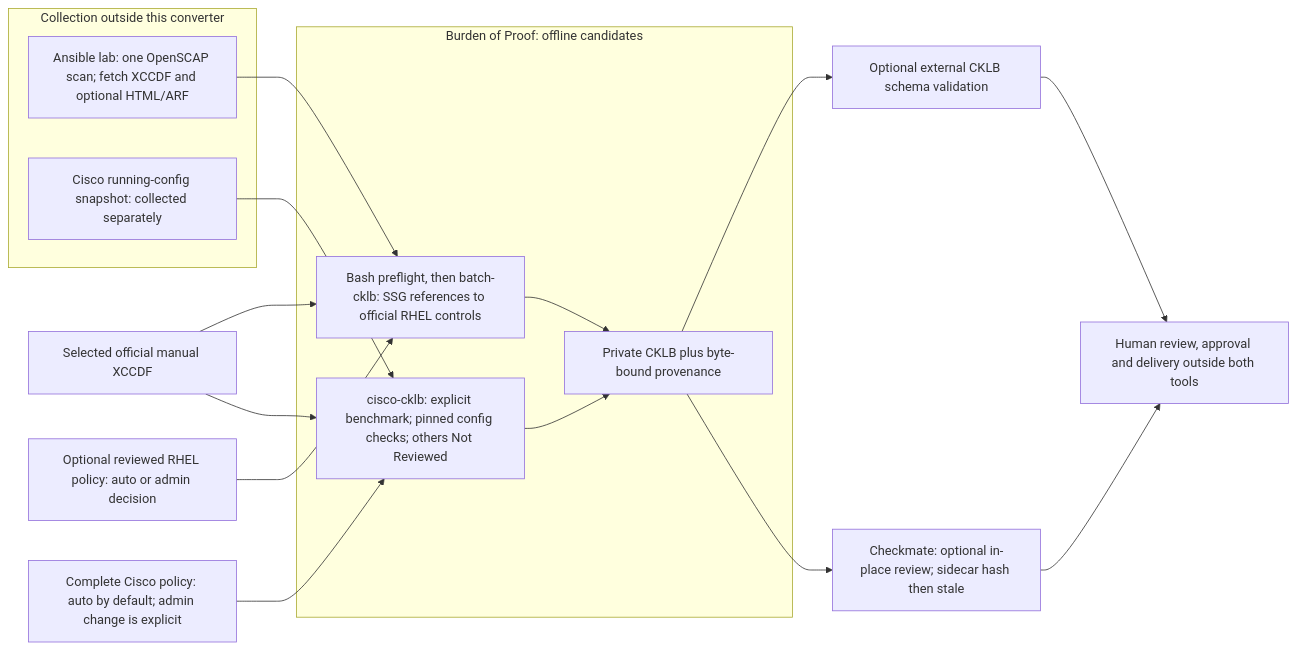
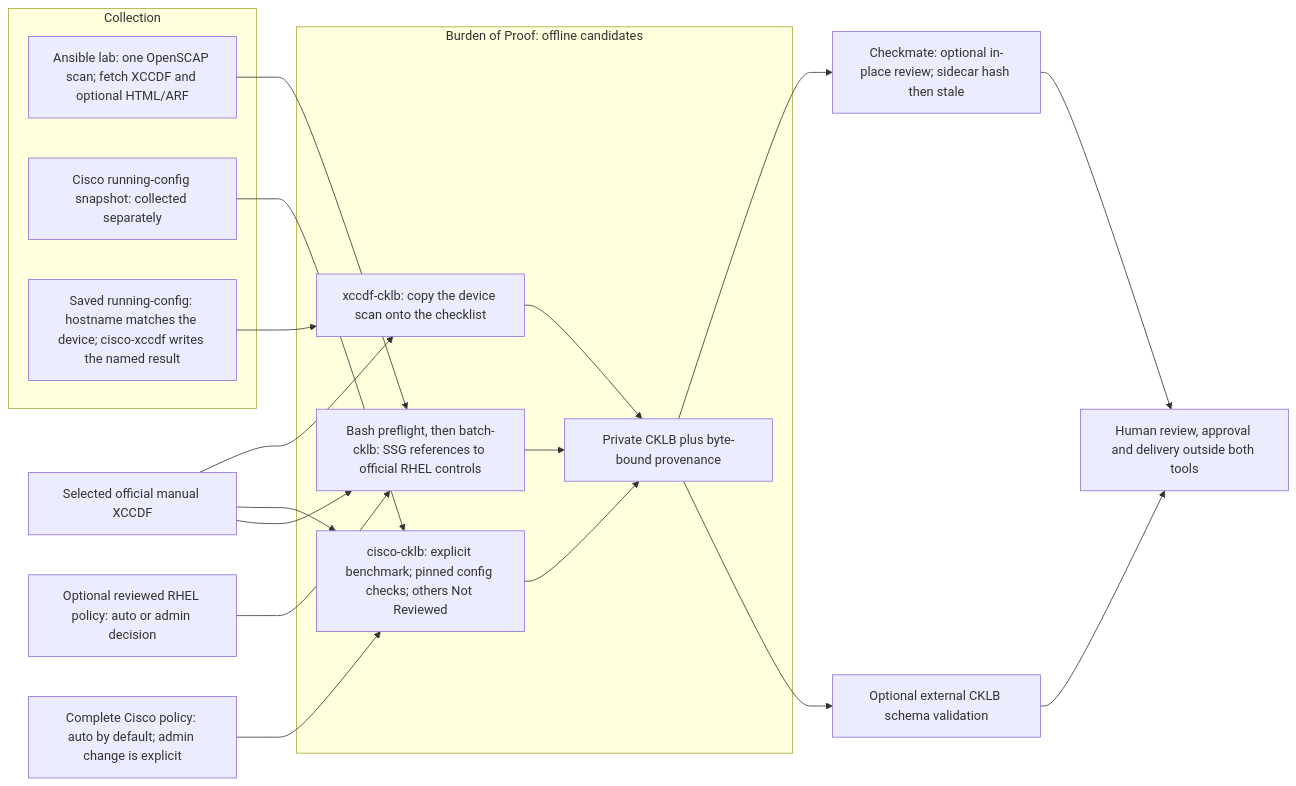
Before and after one commit to zcook44/burden-of-proof: the diagram in README.md, drawn with Mermaid. The commit also changed other lines of this file and 51 other files, not shown here.

First line of the commit message:
Add Cisco batch review and device-named XCCDF conversion for the 1.0.0 offline release.

````diff
--- a/README.md
+++ b/README.md
@@ -24,24 +27,29 @@
 ```mermaid
 flowchart LR
-    subgraph SOURCES["Collection outside this converter"]
+    subgraph SOURCES["Collection"]
         lab["Ansible lab: one OpenSCAP scan; fetch XCCDF and optional HTML/ARF"]
         config["Cisco running-config snapshot: collected separately"]
+        netscan["Saved running-config: hostname matches the device; cisco-xccdf writes the named result"]
     end
     subgraph CONVERSION["Burden of Proof: offline candidates"]
         rhel["Bash preflight, then batch-cklb: SSG references to official RHEL controls"]
         cisco["cisco-cklb: explicit benchmark; pinned config checks; others Not Reviewed"]
+        xccdf["xccdf-cklb: copy the device scan onto the checklist"]
         candidate["Private CKLB plus byte-bound provenance"]
         rhel --> candidate
         cisco --> candidate
+        xccdf --> candidate
     end
     lab --> rhel
     config --> cisco
+    netscan --> xccdf
     benchmark["Selected official manual XCCDF"] --> rhel
     benchmark --> cisco
+    benchmark --> xccdf
     osPolicy["Optional reviewed RHEL policy: auto or admin decision"] --> rhel
     ciscoPolicy["Complete Cisco policy: auto by default; admin change is explicit"] --> cisco
     candidate --> schema["Optional external CKLB schema validation"]
     candidate --> editor["Checkmate: optional in-place review; sidecar hash then stale"]
     schema --> human["Human review, approval and delivery outside both tools"]
     editor --> human
 ```
````
